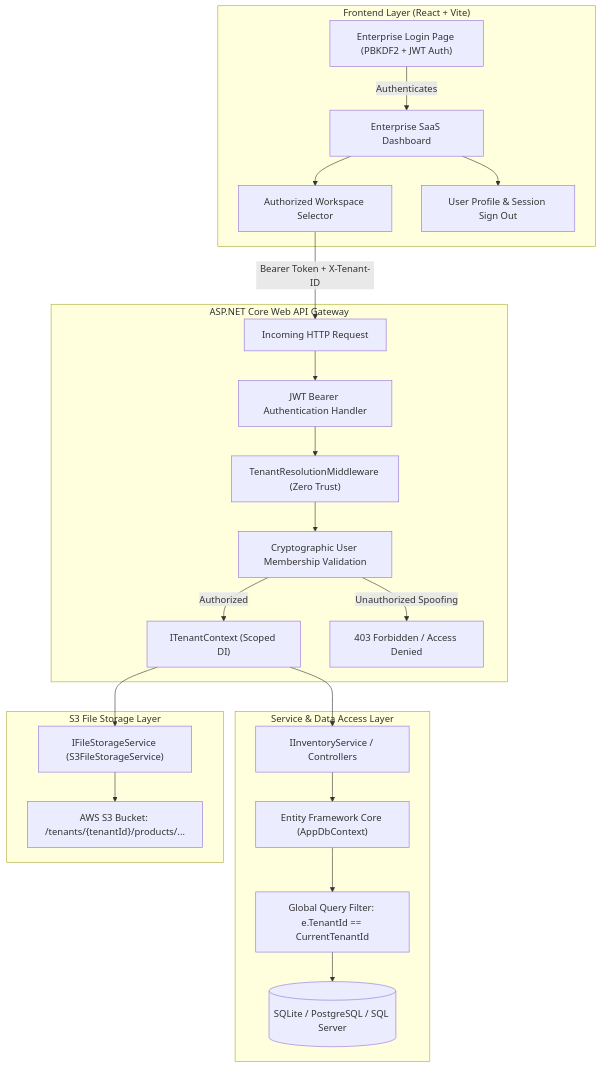
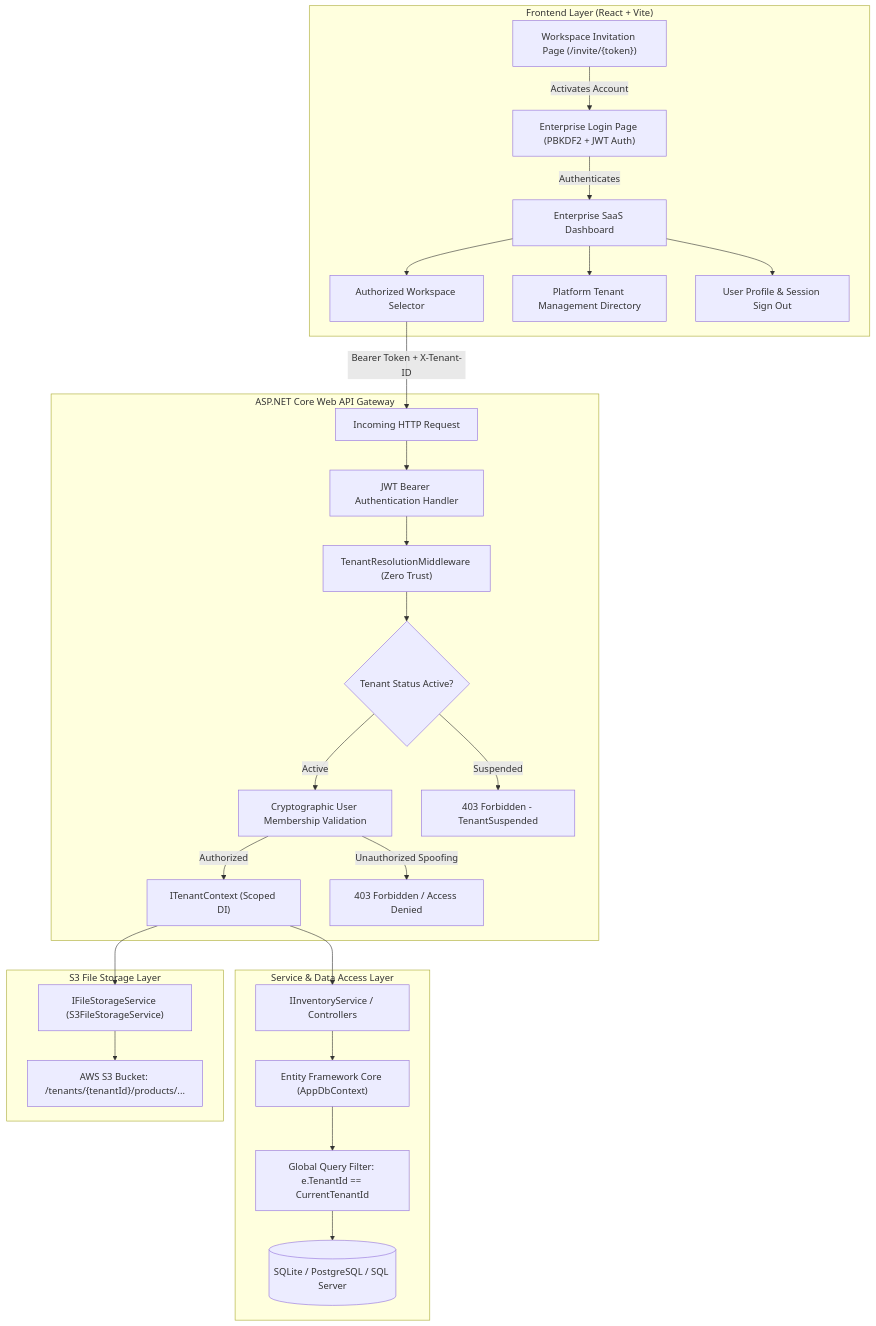
One commit to jamithsai/inventra changed the second of 2 diagrams in README.md. Above: the diagram before and after it, drawn with Mermaid. The commit also changed other lines of this file and 22 other files, not shown here.

Commit message:
feat: implement platform admin tenant onboarding, atomic provisioning, and invitation workflow

````diff
--- a/README.md
+++ b/README.md
@@ -24,47 +77,54 @@
 ```mermaid
 flowchart TD
     subgraph Client ["Frontend Layer (React + Vite)"]
         Login["Enterprise Login Page (PBKDF2 + JWT Auth)"]
+        Invite["Workspace Invitation Page (/invite/{token})"]
         UI["Enterprise SaaS Dashboard"]
         Selector["Authorized Workspace Selector"]
+        Platform["Platform Tenant Management Directory"]
         Profile["User Profile & Session Sign Out"]
         Login -->|Authenticates| UI
+        Invite -->|Activates Account| Login
         UI --> Selector
+        UI --> Platform
         UI --> Profile
     end
 
     subgraph API_Gate ["ASP.NET Core Web API Gateway"]
         Req["Incoming HTTP Request"]
         JwtAuth["JWT Bearer Authentication Handler"]
         Middleware["TenantResolutionMiddleware (Zero Trust)"]
+        StatusCheck{"Tenant Status Active?"}
         AuthCheck["Cryptographic User Membership Validation"]
         Context["ITenantContext (Scoped DI)"]
 
         Selector -->|Bearer Token + X-Tenant-ID| Req
         Req --> JwtAuth
         JwtAuth --> Middleware
-        Middleware --> AuthCheck
+        Middleware --> StatusCheck
+        StatusCheck -->|Suspended| ErrSusp["403 Forbidden - TenantSuspended"]
+        StatusCheck -->|Active| AuthCheck
         AuthCheck -->|Authorized| Context
         AuthCheck -->|Unauthorized Spoofing| Err403["403 Forbidden / Access Denied"]
     end
 
     subgraph Core_Services ["Service & Data Access Layer"]
         Services["IInventoryService / Controllers"]
         EF["Entity Framework Core (AppDbContext)"]
         Filter["Global Query Filter: e.TenantId == CurrentTenantId"]
         DB[(SQLite / PostgreSQL / SQL Server)]
 
         Context --> Services
         Services --> EF
         EF --> Filter
         Filter --> DB
     end
 
     subgraph Storage_Layer ["S3 File Storage Layer"]
         StorageService["IFileStorageService (S3FileStorageService)"]
         S3["AWS S3 Bucket: /tenants/{tenantId}/products/..."]
 
         Context --> StorageService
         StorageService --> S3
     end
 ```
````
